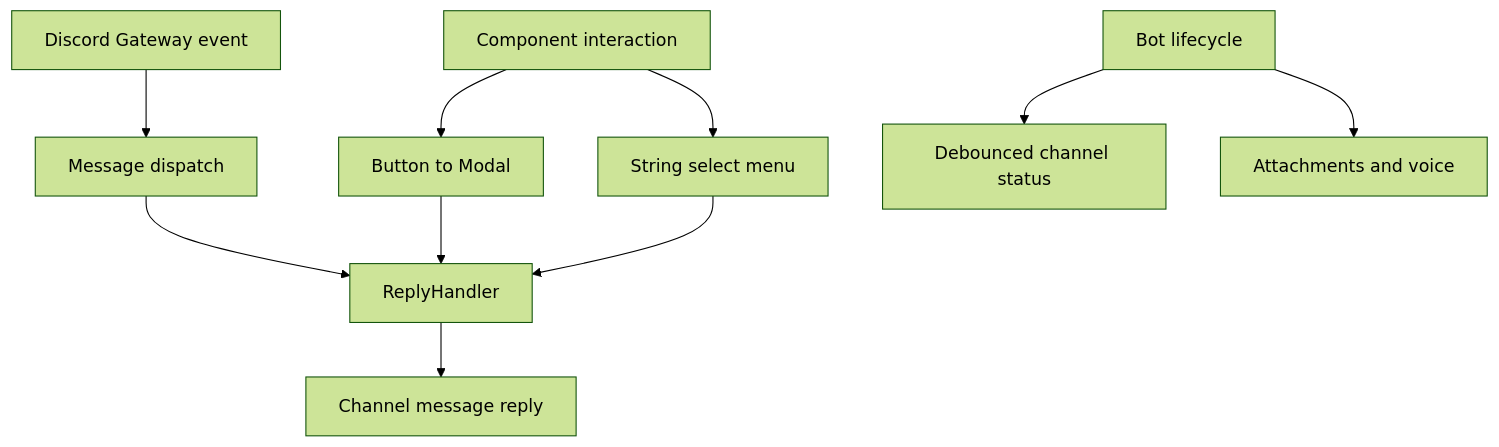
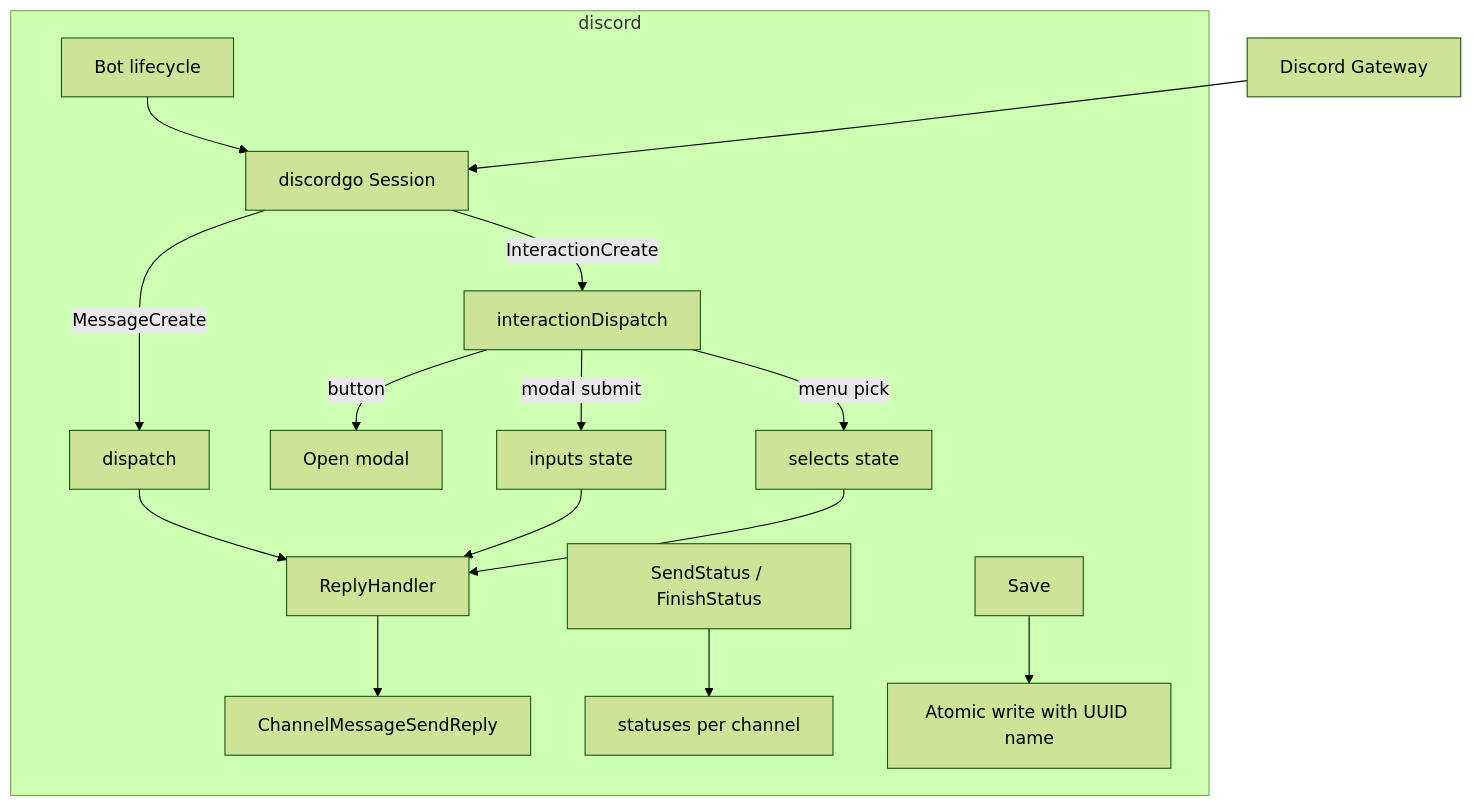
The third of 7 diagrams in doc/architecture.md (pardnchiu/go-bot), drawn with Mermaid (forest theme) before and after one commit. The commit also changed other lines of this file and 5 other files, not shown here.

````diff
--- a/doc/architecture.md
+++ b/doc/architecture.md
@@ -47,12 +53,18 @@
 ```mermaid
 graph TB
-    Gateway[Discord Gateway event] --> Dispatch[Message dispatch]
-    Dispatch --> Handler[ReplyHandler]
-    Handler --> Reply[Channel message reply]
-    Component[Component interaction] --> Modal[Button to Modal]
-    Component --> Select[String select menu]
-    Modal --> Handler
-    Select --> Handler
-    Bot[Bot lifecycle] --> Status[Debounced channel status]
-    Bot --> Media[Attachments and voice]
+    subgraph discord
+        Bot[Bot lifecycle] --> Session[discordgo Session]
+        Session -->|MessageCreate| Dispatch[dispatch]
+        Session -->|InteractionCreate| Interaction[interactionDispatch]
+        Dispatch --> Handler[ReplyHandler]
+        Interaction -->|button| Modal[Open modal]
+        Interaction -->|modal submit| Inputs[inputs state]
+        Interaction -->|menu pick| Selects[selects state]
+        Inputs --> Handler
+        Selects --> Handler
+        Handler --> Reply[ChannelMessageSendReply]
+        Status[SendStatus / FinishStatus] --> Statuses[statuses per channel]
+        Save[Save] --> Disk[Atomic write with UUID name]
+    end
+    Gateway[Discord Gateway] --> Session
 ```
````
